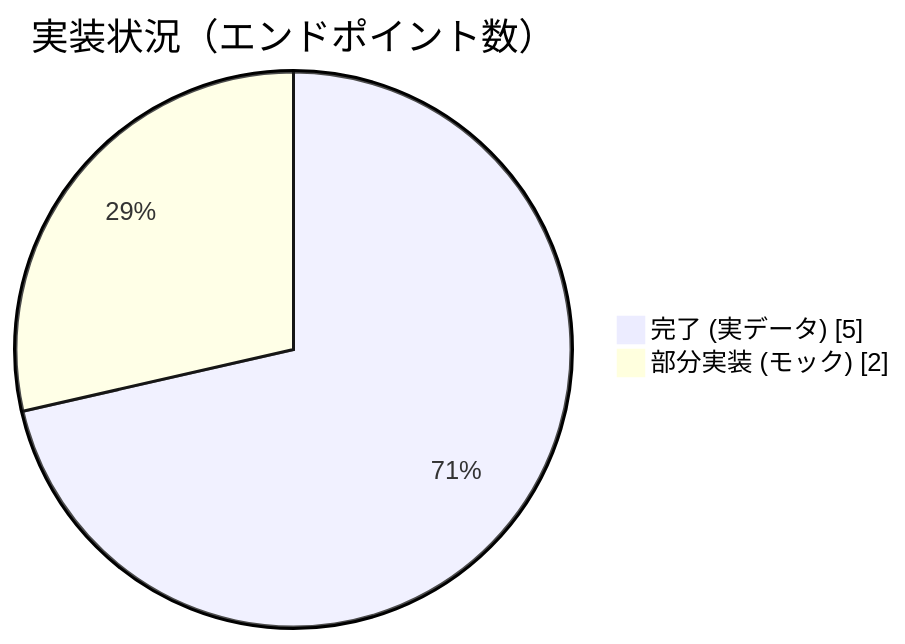
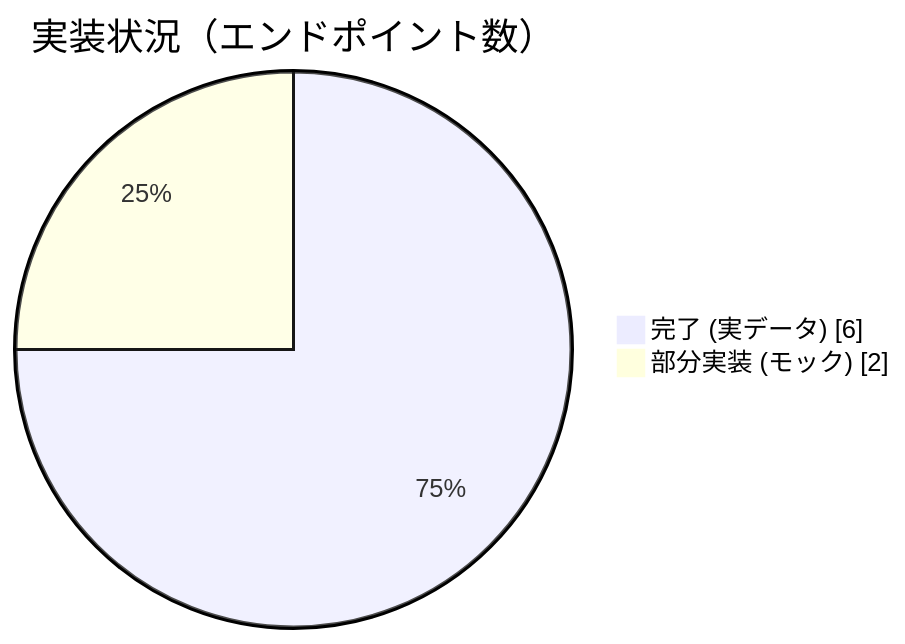
One commit to 2026ProjectResearchAR/campus-ar-api changed the first of 2 diagrams in docs/progress.md. Above: the diagram before and after it, drawn with Mermaid. The commit also changed other lines of this file and 1 other file, not shown here.

````diff
--- a/docs/progress.md
+++ b/docs/progress.md
@@ -18,6 +18,6 @@
 ```mermaid
 pie showData
     title 実装状況（エンドポイント数）
-    "完了 (実データ)" : 5
+    "完了 (実データ)" : 6
     "部分実装 (モック)" : 2
 ```
````
